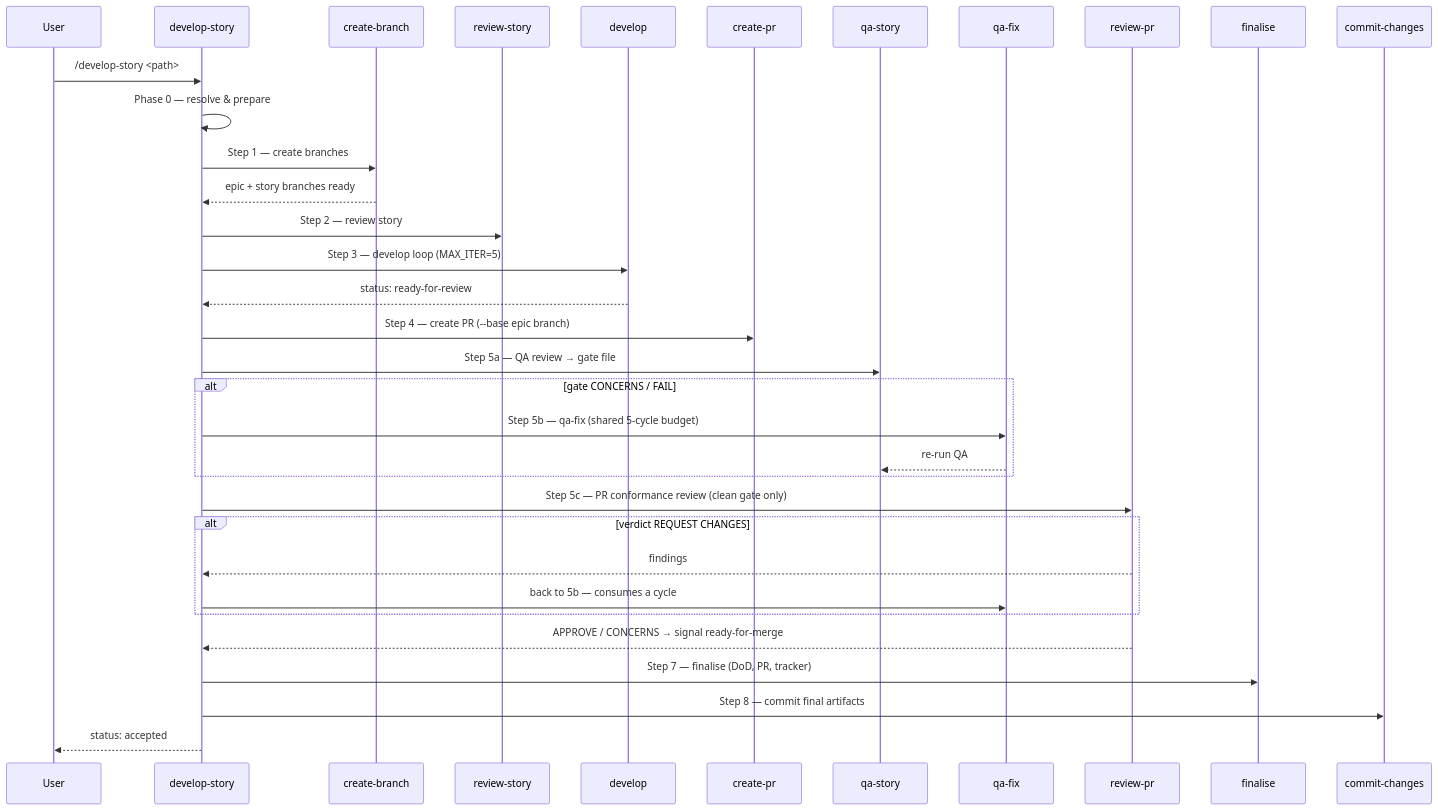
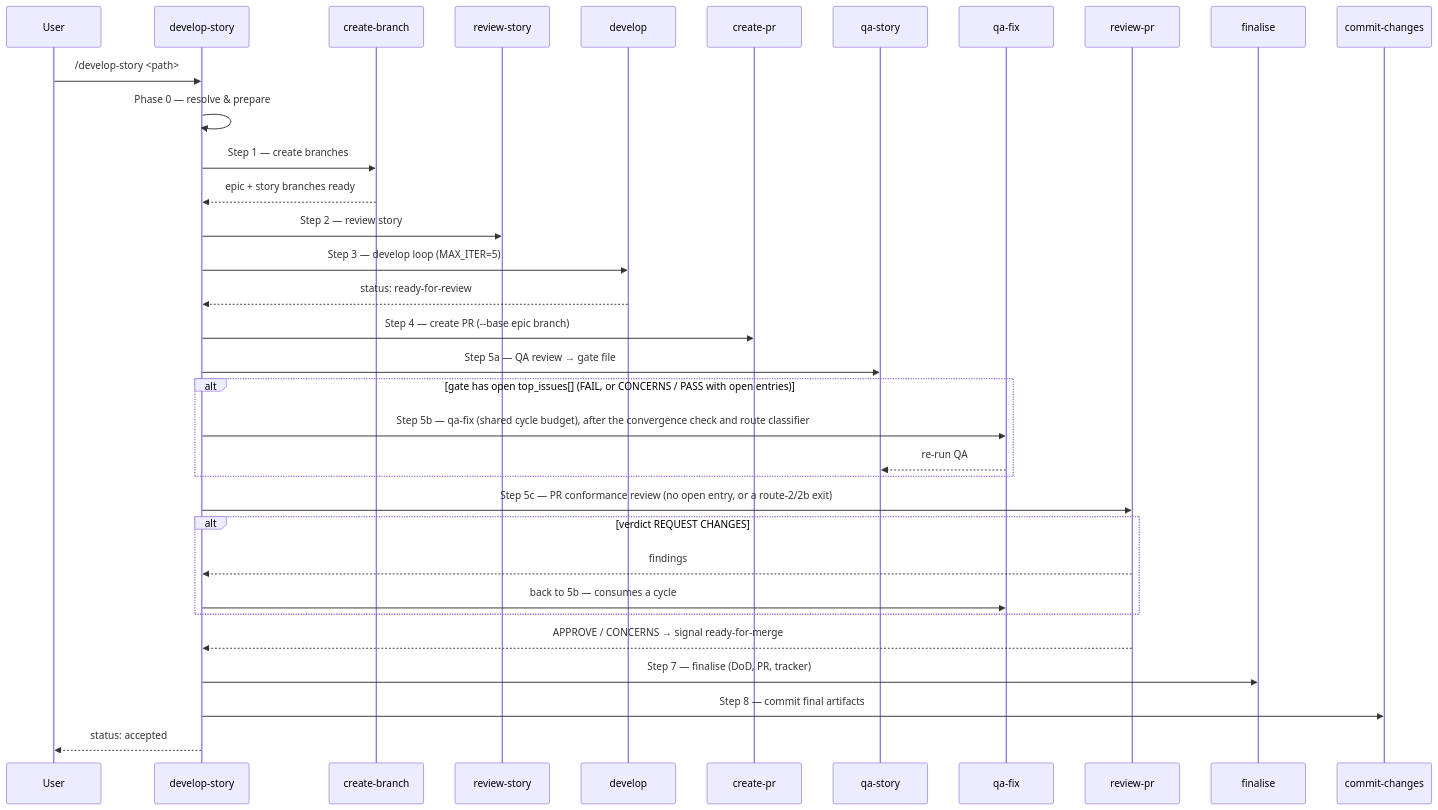
The fourth of 6 diagrams in docs/concepts/architecture.md (Gamaroff/agent-skills), drawn with Mermaid before and after one commit. The commit also changed other lines of this file and 15 other files, not shown here.

````diff
--- a/docs/concepts/architecture.md
+++ b/docs/concepts/architecture.md
@@ -115,37 +115,37 @@
 ```mermaid
 sequenceDiagram
     participant U as User
     participant DS as develop-story
     participant CB as create-branch
     participant RS as review-story
     participant DEV as develop
     participant CPR as create-pr
     participant QS as qa-story
     participant QF as qa-fix
     participant RPR as review-pr
     participant FN as finalise
     participant CC as commit-changes
 
     U->>DS: /develop-story <path>
     DS->>DS: Phase 0 — resolve & prepare
     DS->>CB: Step 1 — create branches
     CB-->>DS: epic + story branches ready
     DS->>RS: Step 2 — review story
     DS->>DEV: Step 3 — develop loop (MAX_ITER=5)
     DEV-->>DS: status: ready-for-review
     DS->>CPR: Step 4 — create PR (--base epic branch)
     DS->>QS: Step 5a — QA review → gate file
-    alt gate CONCERNS / FAIL
-        DS->>QF: Step 5b — qa-fix (shared 5-cycle budget)
+    alt gate has open top_issues[] (FAIL, or CONCERNS / PASS with open entries)
+        DS->>QF: Step 5b — qa-fix (shared cycle budget), after the convergence check and route classifier
         QF-->>QS: re-run QA
     end
-    DS->>RPR: Step 5c — PR conformance review (clean gate only)
+    DS->>RPR: Step 5c — PR conformance review (no open entry, or a route-2/2b exit)
     alt verdict REQUEST CHANGES
         RPR-->>DS: findings
         DS->>QF: back to 5b — consumes a cycle
     end
     RPR-->>DS: APPROVE / CONCERNS → signal ready-for-merge
     DS->>FN: Step 7 — finalise (DoD, PR, tracker)
     DS->>CC: Step 8 — commit final artifacts
     DS-->>U: status: accepted
 ```
````
